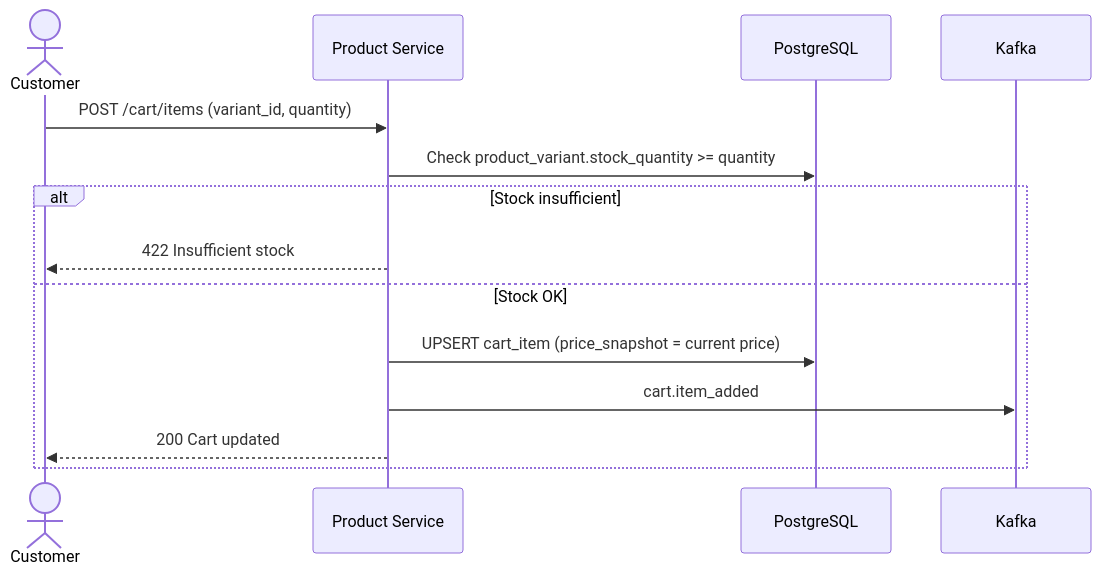
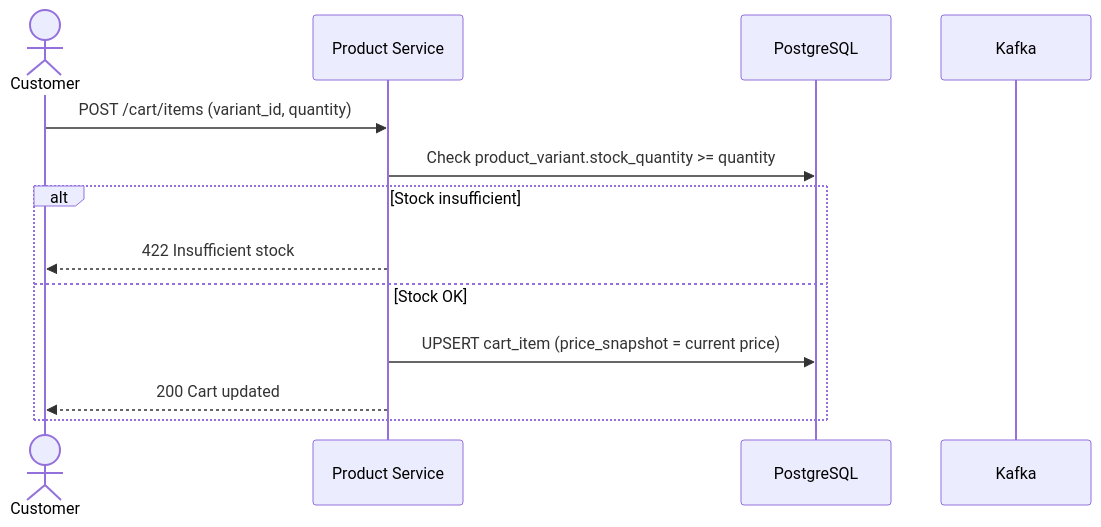
One commit to ldqanh1408/stealing-from-paradise changed the sixth of 15 diagrams in documents/overview/FLOWS.md. Above: the diagram before and after it, drawn with Mermaid. The commit also changed other lines of this file and 26 other files, not shown here.

````diff
--- a/documents/overview/FLOWS.md
+++ b/documents/overview/FLOWS.md
@@ -125,17 +125,16 @@
 ```mermaid
 sequenceDiagram
     actor Customer
     participant PS as Product Service
     participant PG as PostgreSQL
     participant Kafka
 
     Customer->>PS: POST /cart/items (variant_id, quantity)
     PS->>PG: Check product_variant.stock_quantity >= quantity
     alt Stock insufficient
         PS-->>Customer: 422 Insufficient stock
     else Stock OK
         PS->>PG: UPSERT cart_item (price_snapshot = current price)
-        PS->>Kafka: cart.item_added
         PS-->>Customer: 200 Cart updated
     end
 ```
````
